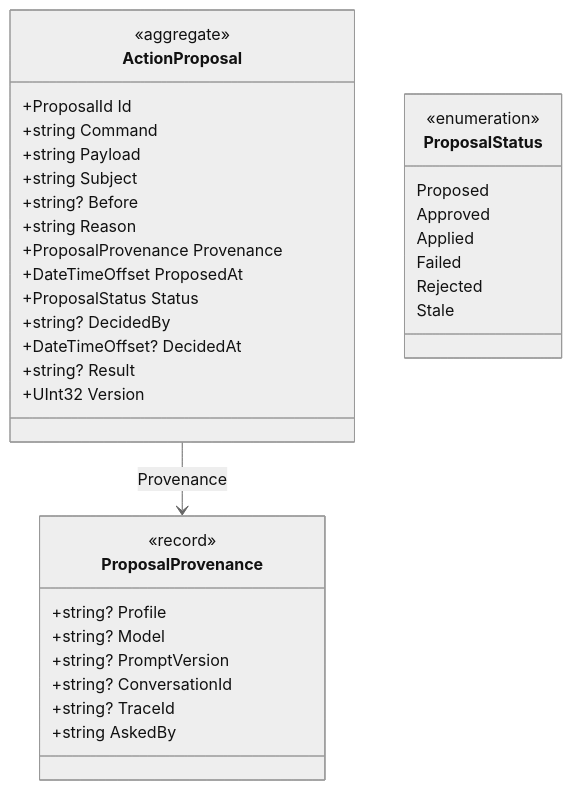
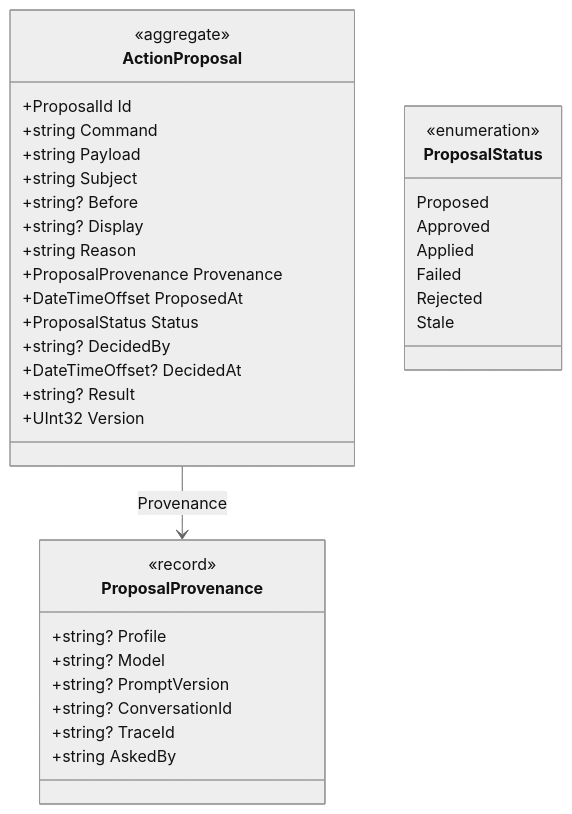
Diagram 15 of 16 in docs/domain-model.md (juanluelguerre/tendero), drawn with Mermaid (neutral theme) before and after one commit. The commit also changed 13 other files, not shown here.

````diff
--- a/docs/domain-model.md
+++ b/docs/domain-model.md
@@ -983,38 +983,39 @@
 ```mermaid
 classDiagram
     class ActionProposal {
         <<aggregate>>
         +ProposalId Id
         +string Command
         +string Payload
         +string Subject
         +string? Before
+        +string? Display
         +string Reason
         +ProposalProvenance Provenance
         +DateTimeOffset ProposedAt
         +ProposalStatus Status
         +string? DecidedBy
         +DateTimeOffset? DecidedAt
         +string? Result
         +UInt32 Version
     }
     class ProposalProvenance {
         <<record>>
         +string? Profile
         +string? Model
         +string? PromptVersion
         +string? ConversationId
         +string? TraceId
         +string AskedBy
     }
     class ProposalStatus {
         <<enumeration>>
         Proposed
         Approved
         Applied
         Failed
         Rejected
         Stale
     }
     ActionProposal --> ProposalProvenance : Provenance
 ```
````
